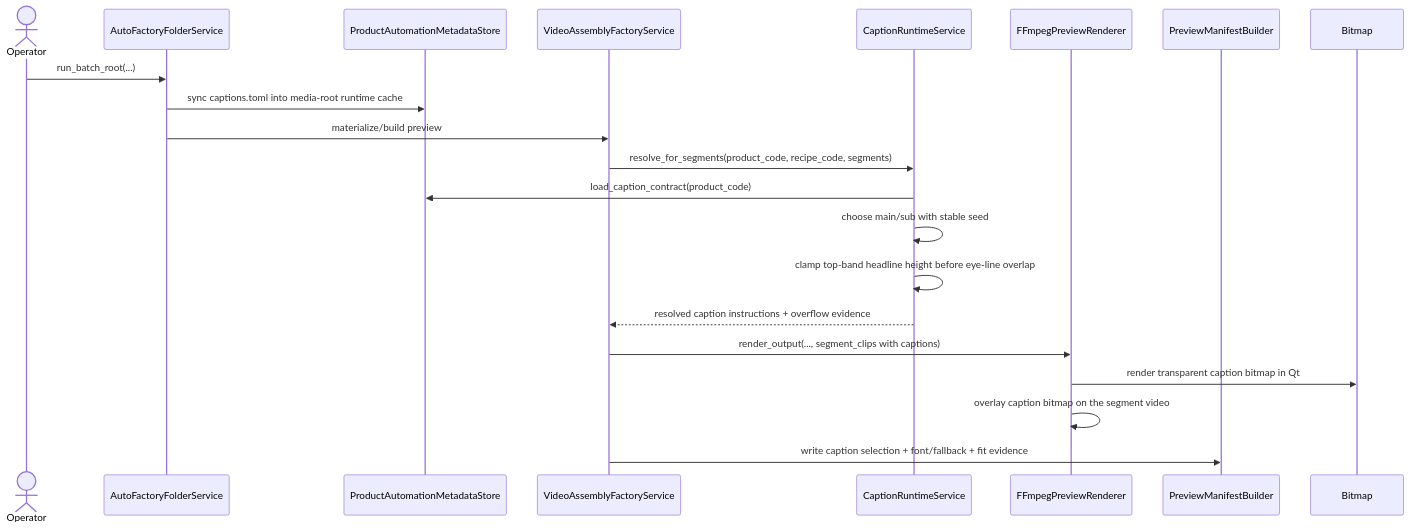
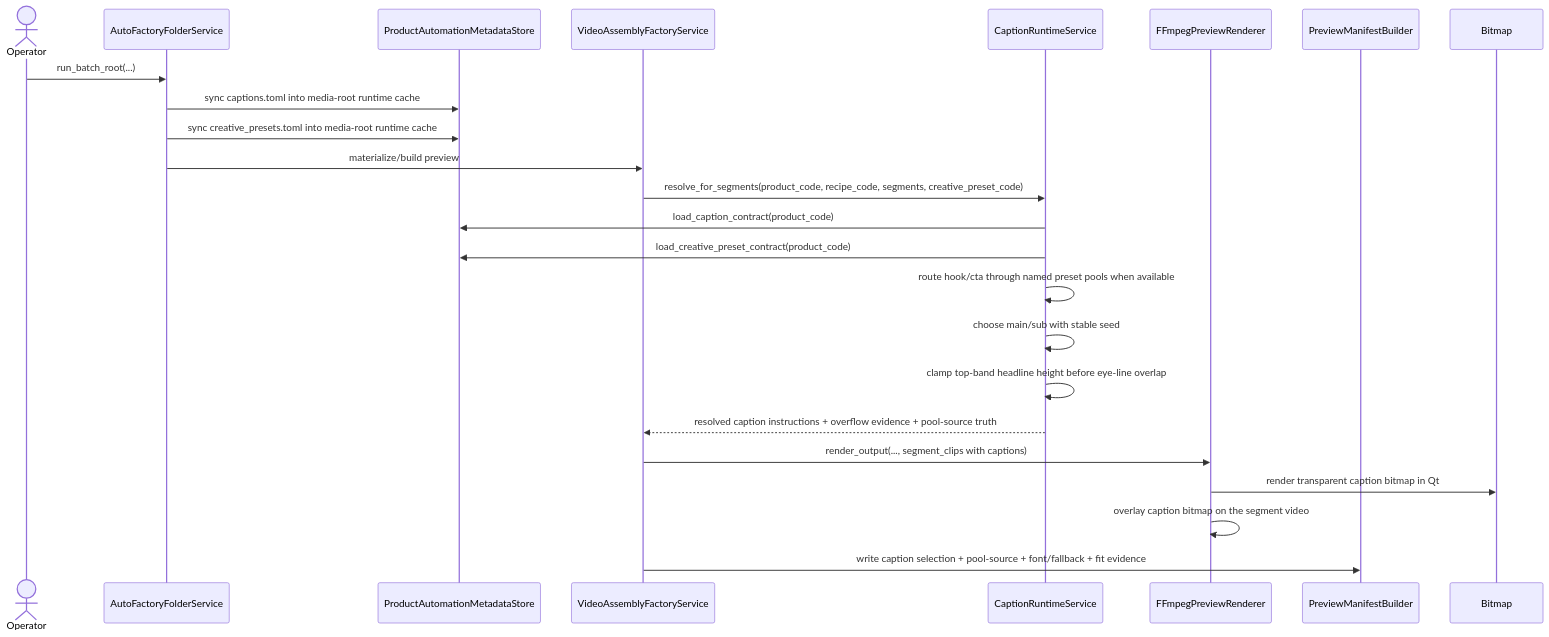
One commit to idev006/MTClipFactory changed diagram 27 of 35 in doc/10_UML_System_Overview.md. Above: the diagram before and after it, drawn with Mermaid. The commit also changed other lines of this file and 14 other files, not shown here.

Commit message:
Add preset-driven caption pool routing

````diff
--- a/doc/10_UML_System_Overview.md
+++ b/doc/10_UML_System_Overview.md
@@ -1260,23 +1262,26 @@
 ```mermaid
 sequenceDiagram
     actor Operator
     participant FolderSvc as AutoFactoryFolderService
     participant Meta as ProductAutomationMetadataStore
     participant Factory as VideoAssemblyFactoryService
     participant Caption as CaptionRuntimeService
     participant Render as FFmpegPreviewRenderer
     participant Manifest as PreviewManifestBuilder
 
     Operator->>FolderSvc: run_batch_root(...)
     FolderSvc->>Meta: sync captions.toml into media-root runtime cache
+    FolderSvc->>Meta: sync creative_presets.toml into media-root runtime cache
     FolderSvc->>Factory: materialize/build preview
-    Factory->>Caption: resolve_for_segments(product_code, recipe_code, segments)
+    Factory->>Caption: resolve_for_segments(product_code, recipe_code, segments, creative_preset_code)
     Caption->>Meta: load_caption_contract(product_code)
+    Caption->>Meta: load_creative_preset_contract(product_code)
+    Caption->>Caption: route hook/cta through named preset pools when available
     Caption->>Caption: choose main/sub with stable seed
     Caption->>Caption: clamp top-band headline height before eye-line overlap
-    Caption-->>Factory: resolved caption instructions + overflow evidence
+    Caption-->>Factory: resolved caption instructions + overflow evidence + pool-source truth
     Factory->>Render: render_output(..., segment_clips with captions)
     Render->>Bitmap: render transparent caption bitmap in Qt
     Render->>Render: overlay caption bitmap on the segment video
-    Factory->>Manifest: write caption selection + font/fallback + fit evidence
+    Factory->>Manifest: write caption selection + pool-source + font/fallback + fit evidence
 ```
````
